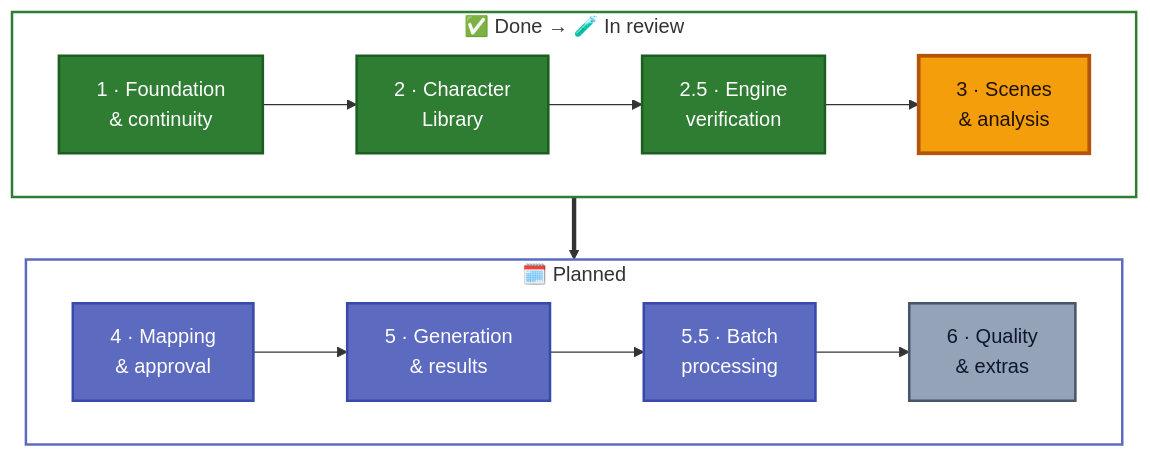
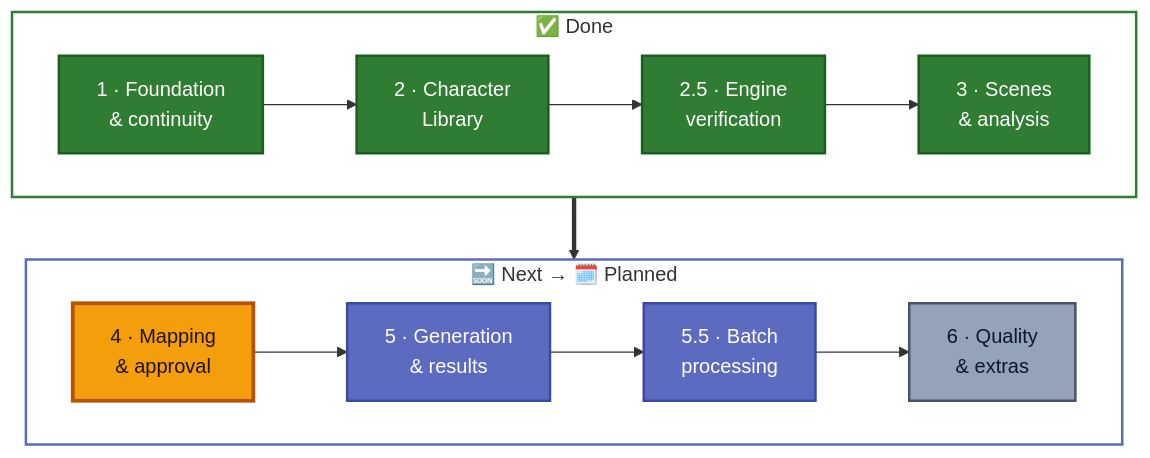
The third of 3 diagrams in README.md (CyberSecurityChuck/Character-Studio), drawn with Mermaid before and after one commit. The commit also changed other lines of this file and 3 other files, not shown here.

````diff
--- a/README.md
+++ b/README.md
@@ -188,19 +188,19 @@
 ```mermaid
 flowchart TB
-    subgraph NOW["✅ Done → 🧪 In review"]
+    subgraph NOW["✅ Done"]
         direction LR
-        P1["1 · Foundation<br/>& continuity"]:::done --> P2["2 · Character<br/>Library"]:::done --> P25["2.5 · Engine<br/>verification"]:::done --> P3["3 · Scenes<br/>& analysis"]:::next
+        P1["1 · Foundation<br/>& continuity"]:::done --> P2["2 · Character<br/>Library"]:::done --> P25["2.5 · Engine<br/>verification"]:::done --> P3["3 · Scenes<br/>& analysis"]:::done
     end
-    subgraph LATER["🗓️ Planned"]
+    subgraph LATER["🔜 Next → 🗓️ Planned"]
         direction LR
-        P4["4 · Mapping<br/>& approval"]:::planned --> P5["5 · Generation<br/>& results"]:::planned --> P55["5.5 · Batch<br/>processing"]:::planned --> P6["6 · Quality<br/>& extras"]:::later
+        P4["4 · Mapping<br/>& approval"]:::next --> P5["5 · Generation<br/>& results"]:::planned --> P55["5.5 · Batch<br/>processing"]:::planned --> P6["6 · Quality<br/>& extras"]:::later
     end
     NOW ==> LATER
     style NOW fill:transparent,stroke:#2E7D32,stroke-width:2px
     style LATER fill:transparent,stroke:#5C6BC0,stroke-width:2px
 
     classDef done fill:#2E7D32,stroke:#1B5E20,color:#ffffff,stroke-width:2px
     classDef next fill:#F59E0B,stroke:#B45309,color:#1F1300,stroke-width:3px
     classDef planned fill:#5C6BC0,stroke:#3949AB,color:#ffffff,stroke-width:2px
     classDef later fill:#94A3B8,stroke:#475569,color:#0F172A,stroke-width:2px
 ```
````
